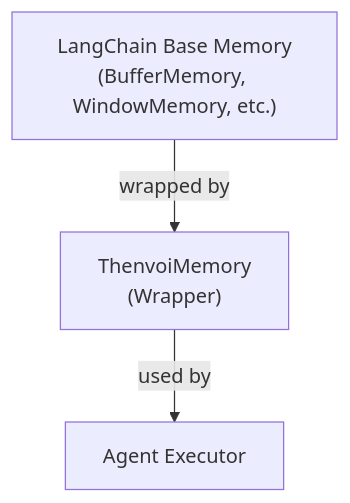
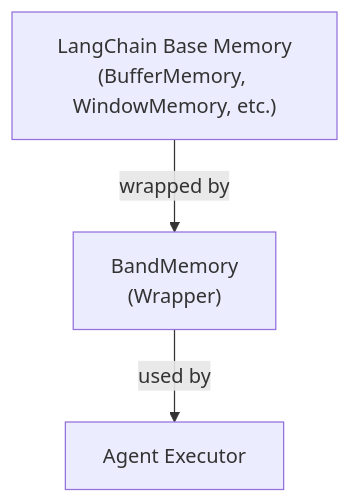
One commit to thenvoi/n8n-nodes-thenvoi changed the first of 10 diagrams in docs/architecture/agent/memory/memory_system_guide.md. Above: the diagram before and after it, drawn with Mermaid. The commit also changed other lines of this file and 157 other files, not shown here.

First line of the commit message:
feat!: rename organization from Thenvoi to Band

````diff
--- a/docs/architecture/agent/memory/memory_system_guide.md
+++ b/docs/architecture/agent/memory/memory_system_guide.md
@@ -19,9 +19,9 @@
 ```mermaid
 graph TB
     BaseMemory["LangChain Base Memory<br/>(BufferMemory, WindowMemory, etc.)"]
-    ThenvoiMemory["ThenvoiMemory<br/>(Wrapper)"]
+    BandMemory["BandMemory<br/>(Wrapper)"]
     AgentExecutor["Agent Executor"]
     
-    BaseMemory -->|wrapped by| ThenvoiMemory
-    ThenvoiMemory -->|used by| AgentExecutor
+    BaseMemory -->|wrapped by| BandMemory
+    BandMemory -->|used by| AgentExecutor
 ```
````
